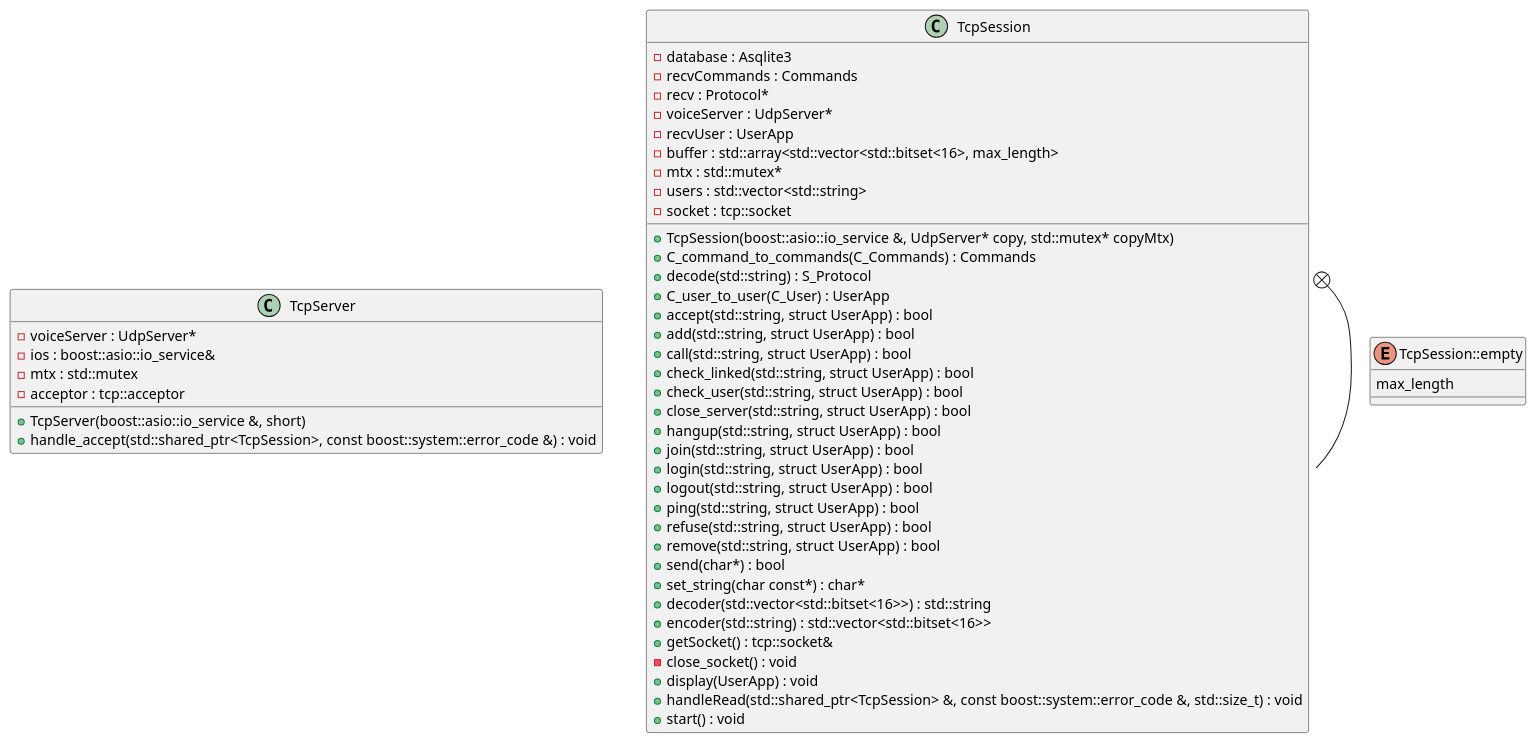
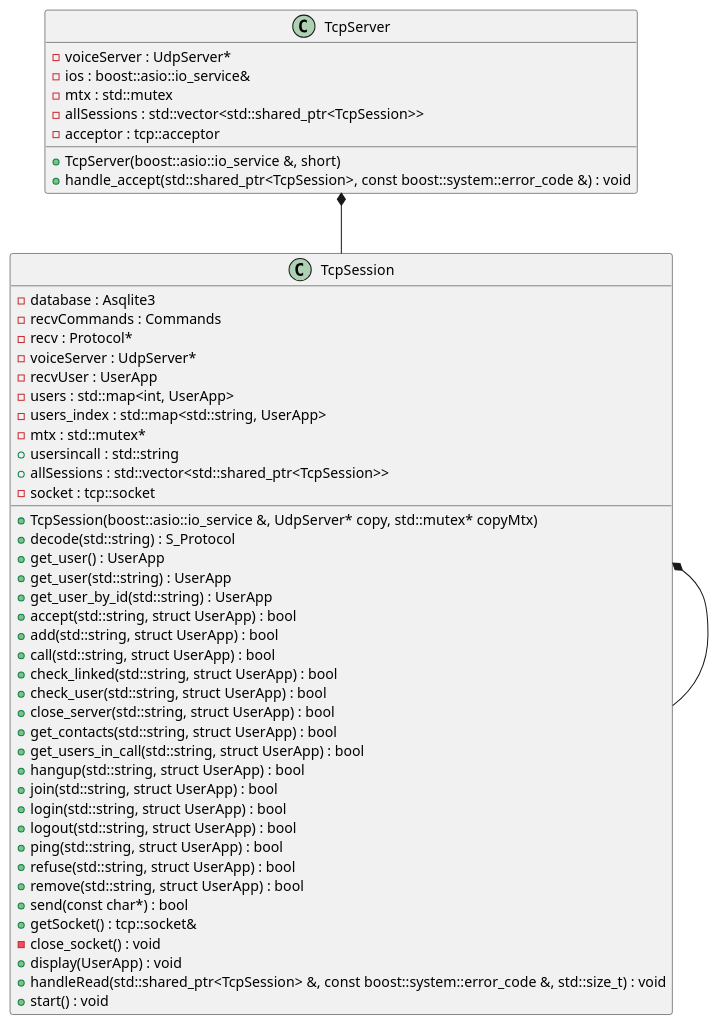
Before and after one commit to MartinRougeron2/Babel: the diagram in resources/UML_TCP_SERVER.md, drawn with PlantUML. The commit also changed 6 other files, not shown here.

Commit message:
update readme and add diagrams

```diff
--- a/resources/UML_TCP_SERVER.md
+++ b/resources/UML_TCP_SERVER.md
@@ -11,6 +11,7 @@
 	-voiceServer : UdpServer*
 	-ios : boost::asio::io_service&
 	-mtx : std::mutex
+	-allSessions : std::vector<std::shared_ptr<TcpSession>>
 	-acceptor : tcp::acceptor
 	+handle_accept(std::shared_ptr<TcpSession>, const boost::system::error_code &) : void
 }
@@ -19,12 +20,13 @@
 class TcpSession {
 	+TcpSession(boost::asio::io_service &, UdpServer* copy, std::mutex* copyMtx)
 	-database : Asqlite3
-	+C_command_to_commands(C_Commands) : Commands
 	-recvCommands : Commands
 	-recv : Protocol*
 	+decode(std::string) : S_Protocol
 	-voiceServer : UdpServer*
-	+C_user_to_user(C_User) : UserApp
+	+get_user() : UserApp
+	+get_user(std::string) : UserApp
+	+get_user_by_id(std::string) : UserApp
 	-recvUser : UserApp
 	+accept(std::string, struct UserApp) : bool
 	+add(std::string, struct UserApp) : bool
@@ -32,6 +34,8 @@
 	+check_linked(std::string, struct UserApp) : bool
 	+check_user(std::string, struct UserApp) : bool
 	+close_server(std::string, struct UserApp) : bool
+	+get_contacts(std::string, struct UserApp) : bool
+	+get_users_in_call(std::string, struct UserApp) : bool
 	+hangup(std::string, struct UserApp) : bool
 	+join(std::string, struct UserApp) : bool
 	+login(std::string, struct UserApp) : bool
@@ -39,24 +43,18 @@
 	+ping(std::string, struct UserApp) : bool
 	+refuse(std::string, struct UserApp) : bool
 	+remove(std::string, struct UserApp) : bool
-	+send(char*) : bool
-	+set_string(char const*) : char*
-	-buffer : std::array<std::vector<std::bitset<16>, max_length>
+	+send(const char*) : bool
+	-users : std::map<int, UserApp>
+	-users_index : std::map<std::string, UserApp>
 	-mtx : std::mutex*
-	+decoder(std::vector<std::bitset<16>>) : std::string
-	+encoder(std::string) : std::vector<std::bitset<16>>
-	-users : std::vector<std::string>
+	+usersincall : std::string
+	+allSessions : std::vector<std::shared_ptr<TcpSession>>
 	-socket : tcp::socket
 	+getSocket() : tcp::socket&
 	-close_socket() : void
 	+display(UserApp) : void
 	+handleRead(std::shared_ptr<TcpSession> &, const boost::system::error_code &, std::size_t) : void
 	+start() : void
-}
-
-
-enum TcpSession::empty {
-	max_length
 }
 
 
@@ -70,15 +68,18 @@
 
 /' Aggregation relationships '/
 
+.TcpServer *-- .TcpSession
+
+
+.TcpSession *-- .TcpSession
+
+
 
 
 
 
 /' Nested objects '/
 
-.TcpSession +-- .TcpSession::empty
-
-
 
 
 @enduml
```
